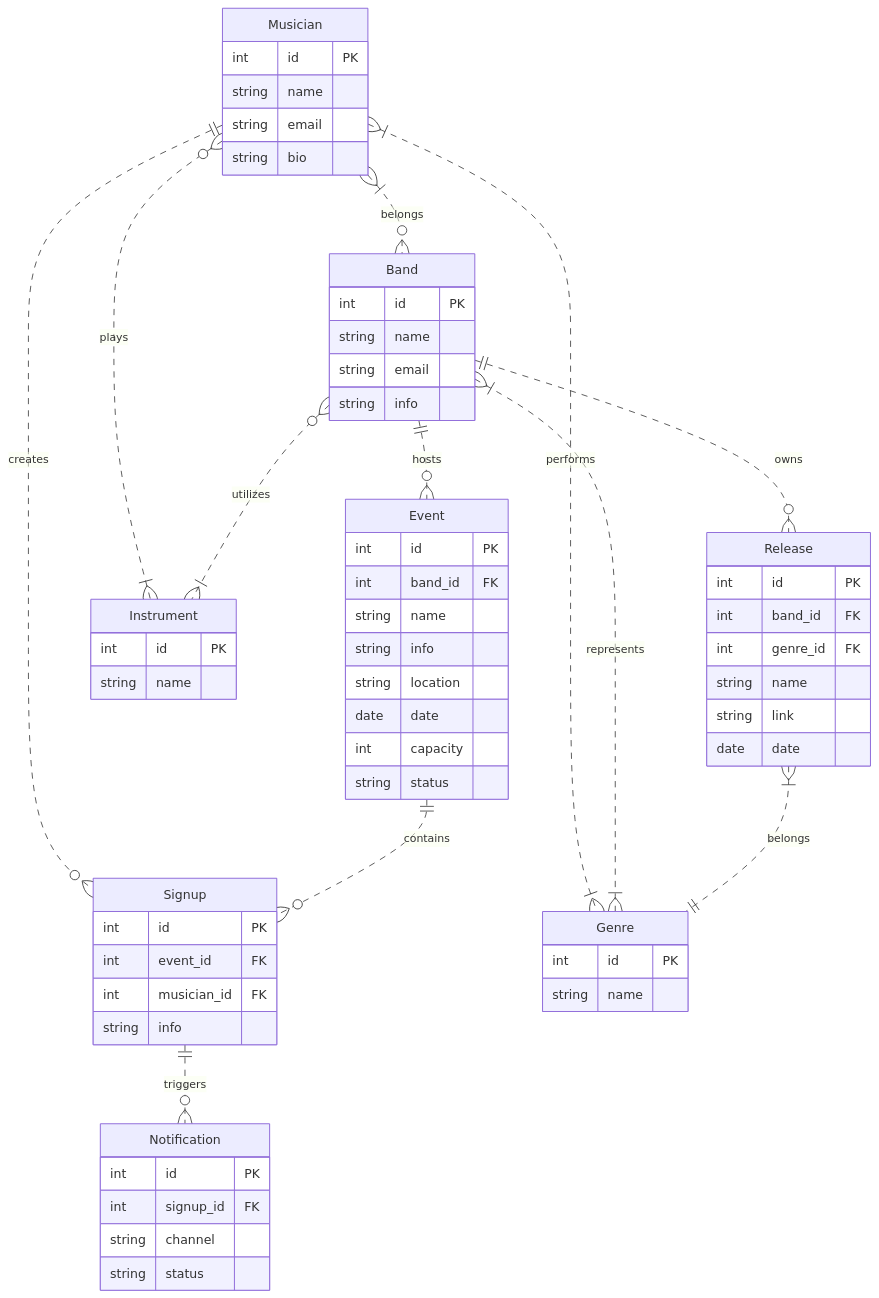
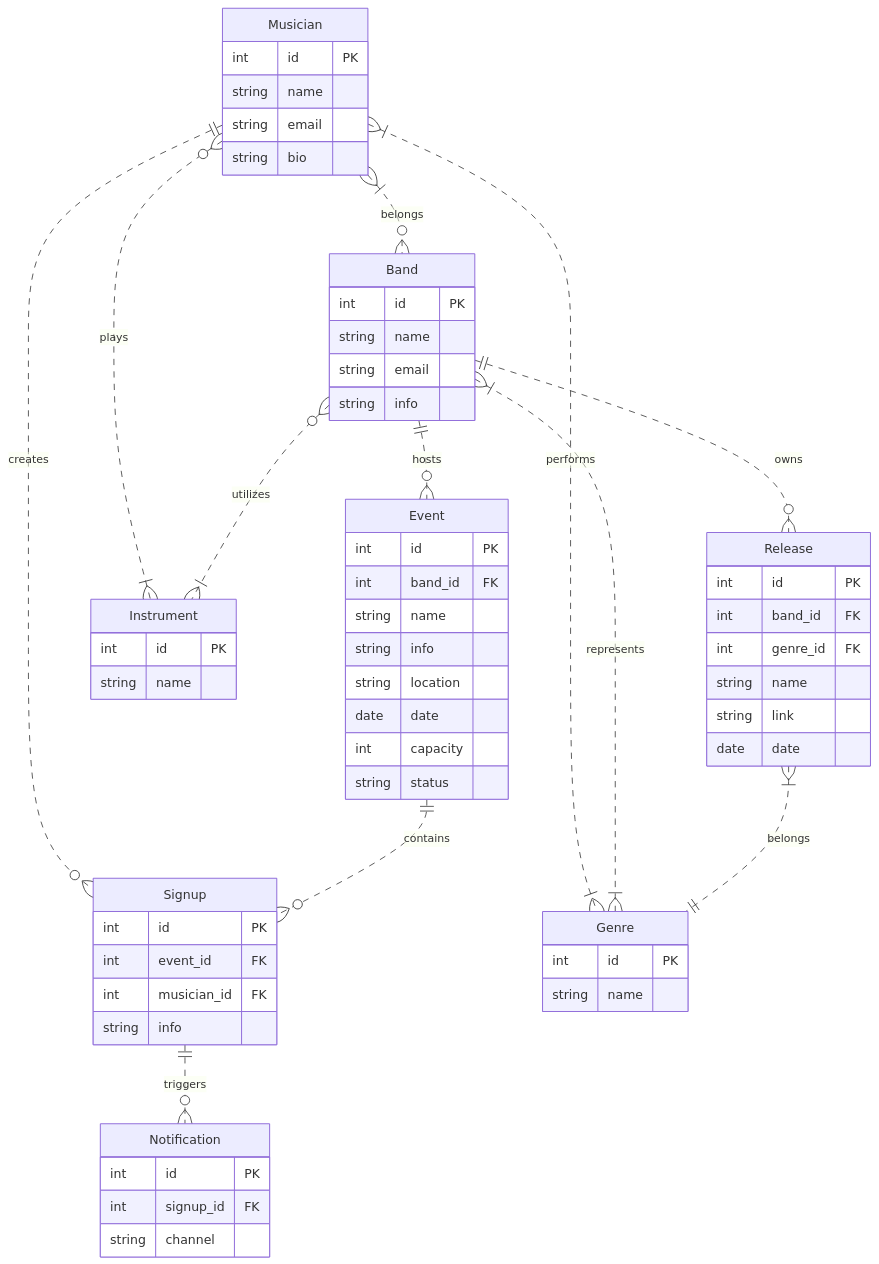
One commit to therealsunfl0wer/SMRA-labs changed the diagram in 3-sequence/iterations/erDiagram.mmd. Above: the diagram before and after it, drawn with Mermaid.

Commit message:
ai: align Task 3 ER iteration with specification

```diff
--- a/3-sequence/iterations/erDiagram.mmd
+++ b/3-sequence/iterations/erDiagram.mmd
@@ -1,62 +1,66 @@
 erDiagram
     Musician {
         int id PK
         string name
         string email
         string bio
     }
     Band {
         int id PK
         string name
         string email
         string info
     }
     Event {
         int id PK
         int band_id FK
         string name
         string info
         string location
         date date
         int capacity
         string status
     }
     Instrument {
         int id PK
         string name
     }
     Signup {
         int id PK
         int event_id FK
         int musician_id FK
         string info
     }
     Notification {
         int id PK
         int signup_id FK
         string channel
-        string status
     }
     Release {
         int id PK
         int band_id FK
         int genre_id FK
         string name
         string link
         date date
     }
     Genre {
         int id PK
         string name
     }
+
     Musician }|..o{ Band : belongs
     Musician }o..|{ Instrument : plays
     Musician ||..o{ Signup : creates
     Musician }|..|{ Genre : performs
     Band ||..o{ Event : hosts
     Band }o..|{ Instrument : utilizes
     Band ||..o{ Release : owns
     Band }|..|{ Genre : represents
     Event ||..o{ Signup : contains
     Signup ||..o{ Notification : triggers
     Release }|..|| Genre : belongs
+
+%% Domain constraint: UNIQUE(Signup.event_id, Signup.musician_id).
+%% Notification.channel is one of: email, site.
+%% The Task 3 specification does not define Notification delivery-status values.
```
